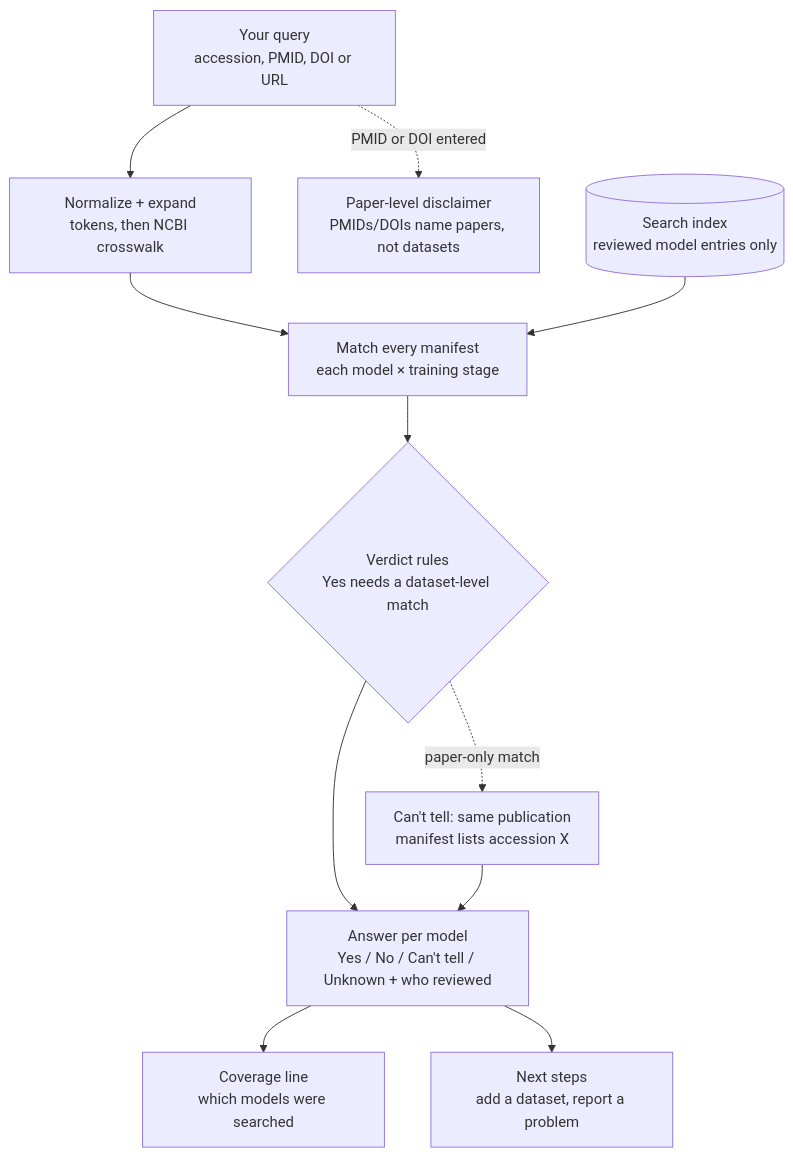
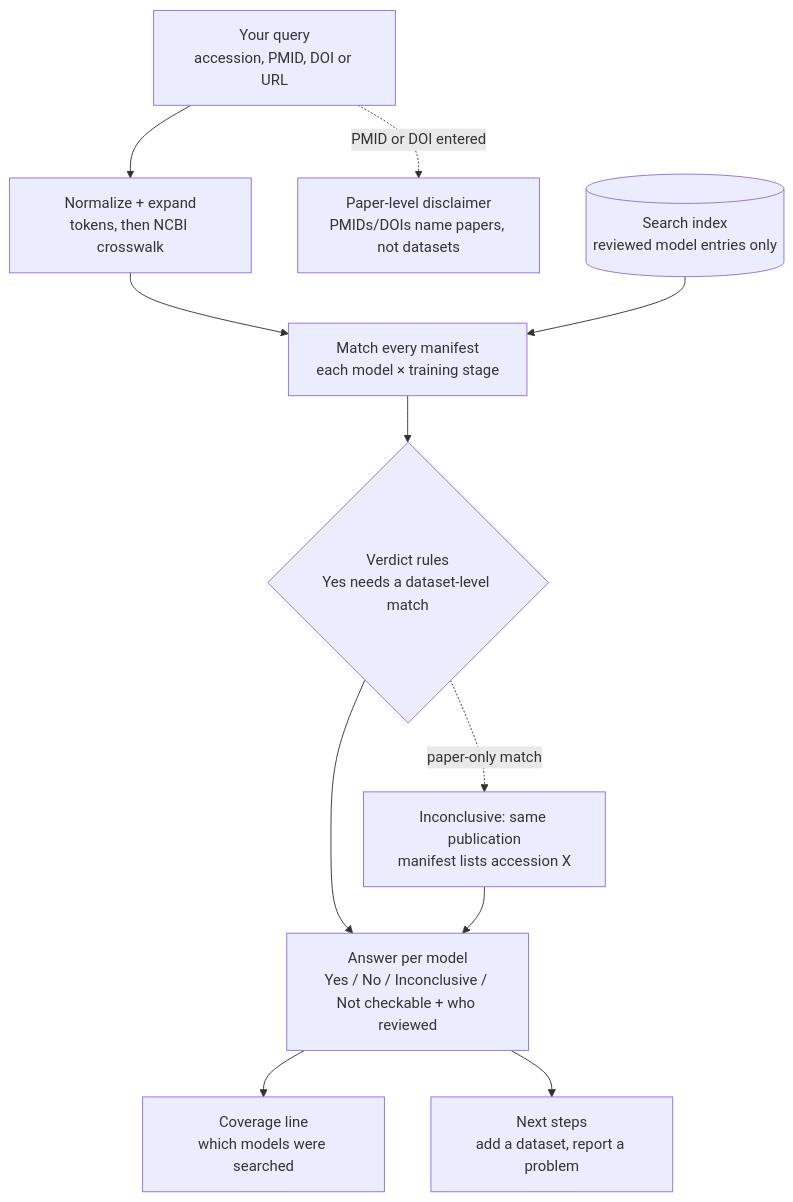
The third of 3 diagrams in docs/DATA_FLOW.md (leahmatzat/corpus-checker), drawn with Mermaid before and after one commit. The commit also changed other lines of this file and 11 other files, not shown here.

First line of the commit message:
Site: summaries first, details folded; "inconclusive" instead of "can't tell"

````diff
--- a/docs/DATA_FLOW.md
+++ b/docs/DATA_FLOW.md
@@ -74,13 +74,13 @@
 ```mermaid
 flowchart TD
   Q["Your query<br/>accession, PMID, DOI or URL"] --> N["Normalize + expand<br/>tokens, then NCBI crosswalk"]
   Q -. "PMID or DOI entered" .-> W1["Paper-level disclaimer<br/>PMIDs/DOIs name papers, not datasets"]
   N --> M["Match every manifest<br/>each model × training stage"]
   I[("Search index<br/>reviewed model entries only")] --> M
   M --> V{"Verdict rules<br/>Yes needs a dataset-level match"}
-  V -. "paper-only match" .-> W2["Can't tell: same publication<br/>manifest lists accession X"]
-  V --> A["Answer per model<br/>Yes / No / Can't tell / Unknown + who reviewed"]
+  V -. "paper-only match" .-> W2["Inconclusive: same publication<br/>manifest lists accession X"]
+  V --> A["Answer per model<br/>Yes / No / Inconclusive / Not checkable + who reviewed"]
   W2 --> A
   A --> C["Coverage line<br/>which models were searched"]
   A --> R["Next steps<br/>add a dataset, report a problem"]
 ```
````
